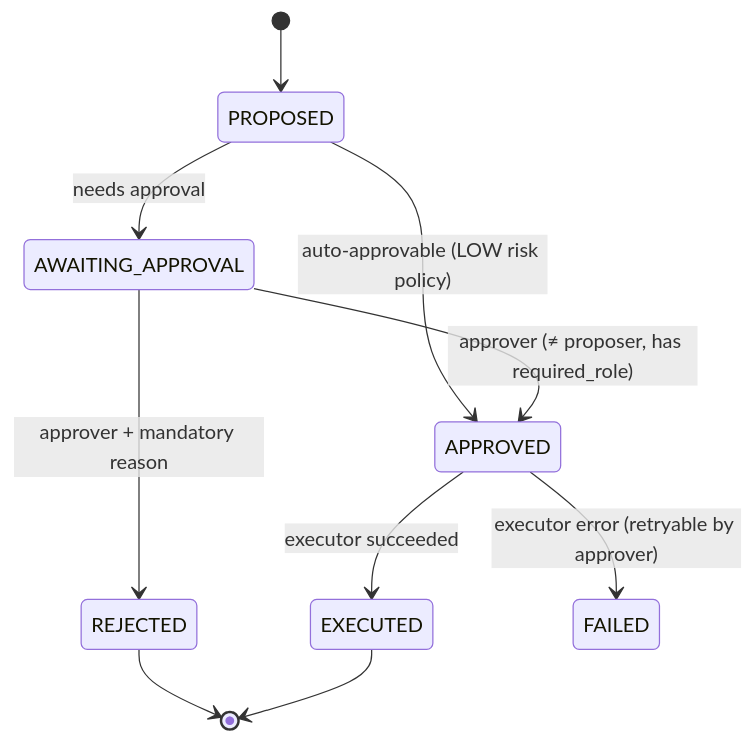
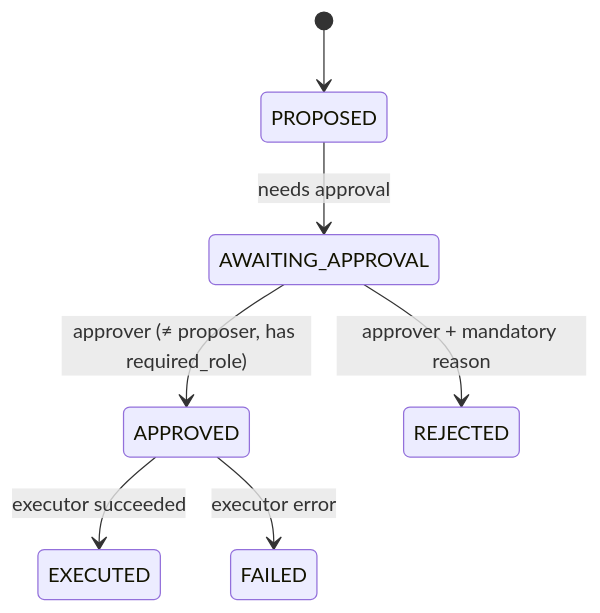
The second of 2 diagrams in docs/architecture/08-agent-architecture.md (Prabhat8726/Intelligent-Rag-System), drawn with Mermaid before and after one commit. The commit also changed other lines of this file and 14 other files, not shown here.

First line of the commit message:
Phase 7 documentation: agent architecture as built, ADR-049..055, settings

````diff
--- a/docs/architecture/08-agent-architecture.md
+++ b/docs/architecture/08-agent-architecture.md
@@ -108,12 +191,9 @@
 ```mermaid
 stateDiagram-v2
   [*] --> PROPOSED
   PROPOSED --> AWAITING_APPROVAL: needs approval
-  PROPOSED --> APPROVED: auto-approvable (LOW risk policy)
   AWAITING_APPROVAL --> APPROVED: approver (≠ proposer, has required_role)
   AWAITING_APPROVAL --> REJECTED: approver + mandatory reason
   APPROVED --> EXECUTED: executor succeeded
-  APPROVED --> FAILED: executor error (retryable by approver)
-  REJECTED --> [*]
-  EXECUTED --> [*]
+  APPROVED --> FAILED: executor error
 ```
````
